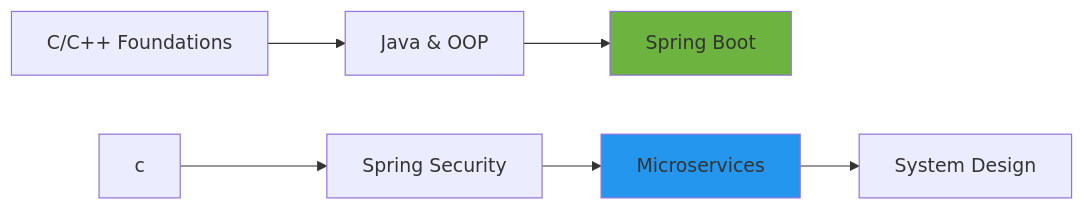
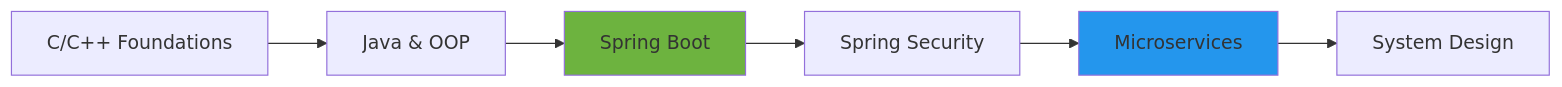
One commit to nabinoli99/nabinoli99 changed the diagram in README.md. Above: the diagram before and after it, drawn with Mermaid.

````diff
--- a/README.md
+++ b/README.md
@@ -89,12 +89,12 @@
 ```mermaid
 graph LR
     A[C/C++ Foundations] --> B[Java & OOP]
     B --> C[Spring Boot]
-    c --> D[Spring Security]
+    C --> D[Spring Security]
     D --> E[Microservices]
     E --> F[System Design]
     
     style C fill:#6DB33F
     style D fill:#orange
     style E fill:#2496ED
 ```
````
